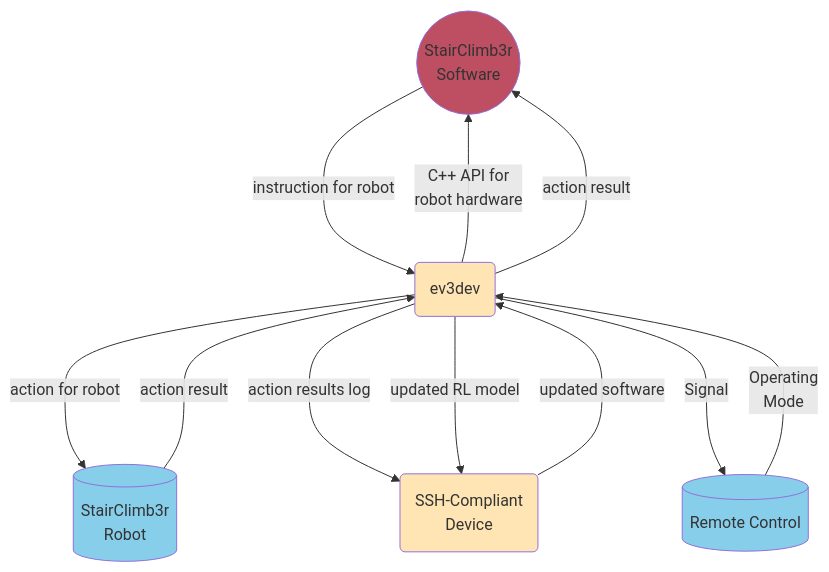
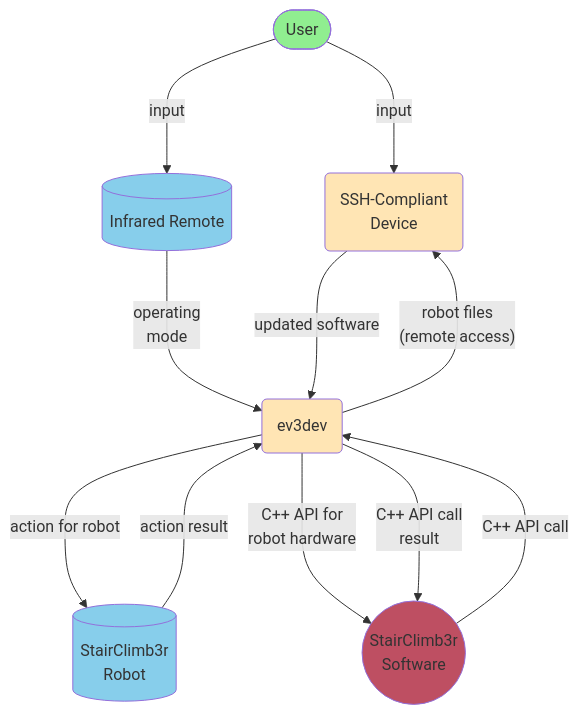
Before and after one commit to rafarrel/StairClimb3r: the diagram in CONTRIBUTING/PROJECT_SPECIFICATIONS/REQUIREMENTS_SPECIFICATION.md, drawn with Mermaid. The commit also changed other lines of this file, not shown here.

Commit message:
Refactored context diagram in requirements specification

````diff
--- a/CONTRIBUTING/PROJECT_SPECIFICATIONS/REQUIREMENTS_SPECIFICATION.md
+++ b/CONTRIBUTING/PROJECT_SPECIFICATIONS/REQUIREMENTS_SPECIFICATION.md
@@ -30,30 +30,33 @@
 ```mermaid
 flowchart TD;
    %% Nodes
-   Software((StairClimb3r\n Software));
-   Robot[(StairClimb3r\n Robot)];
-   Remote[(Remote Control)];
-   ev3dev(ev3dev);
-   device(SSH-Compliant\n Device);
+   user(["User"]);
+   remote[("Infrared Remote")];
+   device("SSH-Compliant\n Device");
+   ev3dev("ev3dev");
+   robot[("StairClimb3r\n Robot")];
+   software(("StairClimb3r\n Software"));
    
    %% Node styles
    classDef Software fill:#be4f62;
    classDef Devices fill:#ffe5b4;
    classDef Hardware fill:#87CEEB;
+   classDef Users fill:#90ee90;
    
-   class Software Software;
+   class software Software;
    class ev3dev,device Devices;
-   class Robot,Remote Hardware;
+   class robot,remote Hardware;
+   class user Users;
    
    %% Links
-   Software -- instruction for robot ---> ev3dev;
-   ev3dev -- C++ API for\n robot hardware ---> Software;
-   ev3dev -- action result ---> Software;
-   ev3dev -- action for robot ---> Robot;
-   Robot -- action result ---> ev3dev;
-   ev3dev -- action results log ---> device;
-   ev3dev -- updated RL model ---> device;
-   device -- updated software ---> ev3dev;
-   ev3dev -- Signal ---> Remote;
-   Remote -- Operating\n Mode ---> ev3dev;
+   user -- "input" ---> device;
+   user -- "input" ---> remote;
+   remote -- "operating\n mode" ---> ev3dev;
+   device -- "updated software" ---> ev3dev;
+   ev3dev -- "robot files\n (remote access)" ---> device;
+   ev3dev -- "action for robot" ---> robot;
+   robot -- "action result" ---> ev3dev;
+   ev3dev -- "C++ API for\n robot hardware" ---> software;
+   software -- "C++ API call" ---> ev3dev;
+   ev3dev -- "C++ API call\n result" ---> software;
 ```
````
